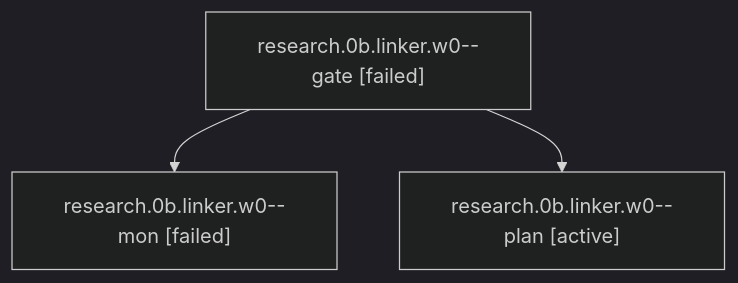
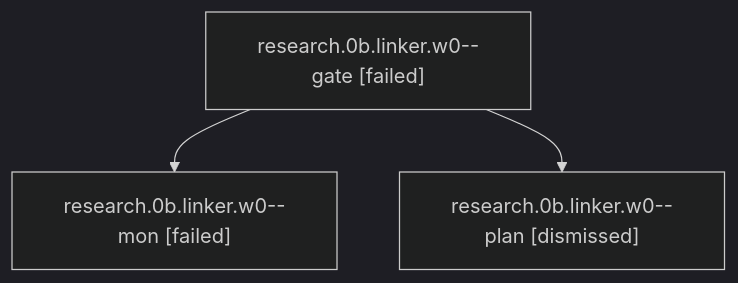
One commit to sase-org/sase--agents changed the diagram in sessions/bbugyi200.apollo.research.0b.linker.w0.md. Above: the diagram before and after it, drawn with Mermaid (dark theme). The commit also changed other lines of this file and 815 other files, not shown here.

````diff
--- a/sessions/bbugyi200.apollo.research.0b.linker.w0.md
+++ b/sessions/bbugyi200.apollo.research.0b.linker.w0.md
@@ -9,8 +9,8 @@
 ```mermaid
 flowchart TD
   n0["research.0b.linker.w0--gate [failed]"]
   n1["research.0b.linker.w0--mon [failed]"]
   n0 --> n1
-  n2["research.0b.linker.w0--plan [active]"]
+  n2["research.0b.linker.w0--plan [dismissed]"]
   n0 --> n2
 ```
````
